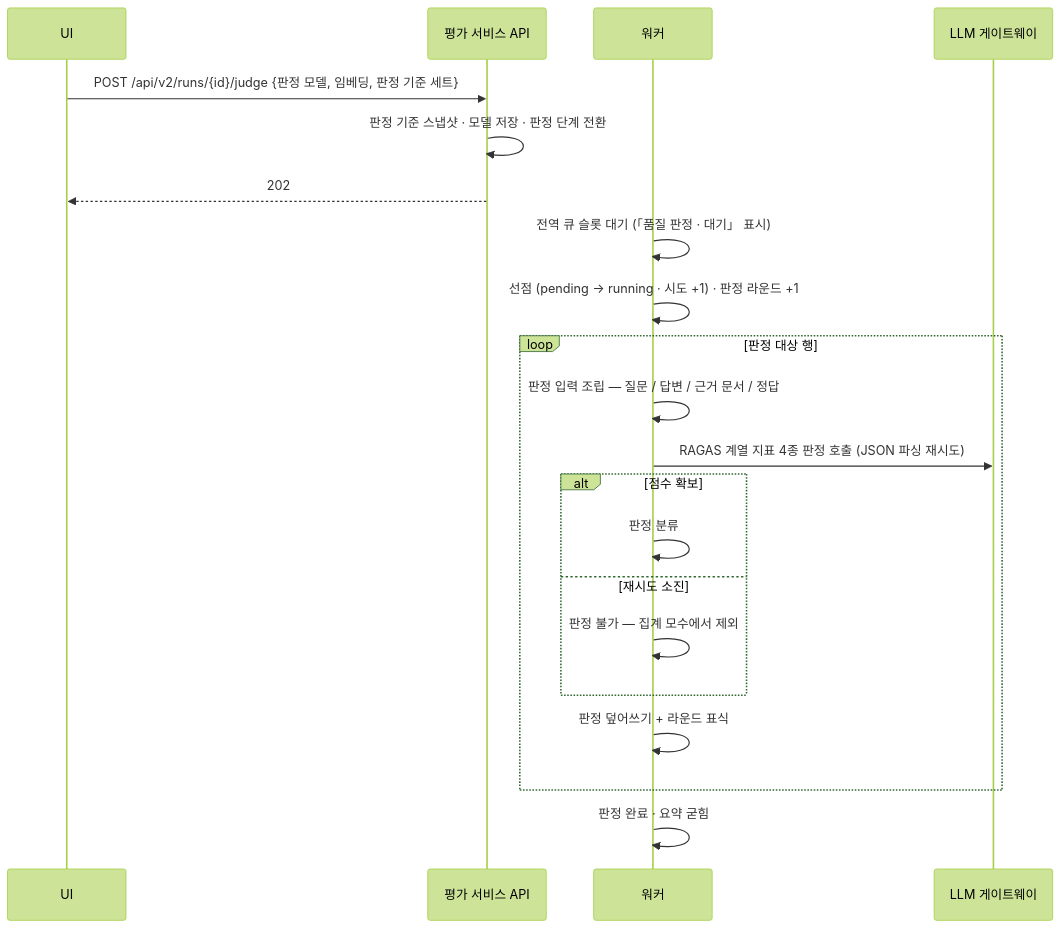
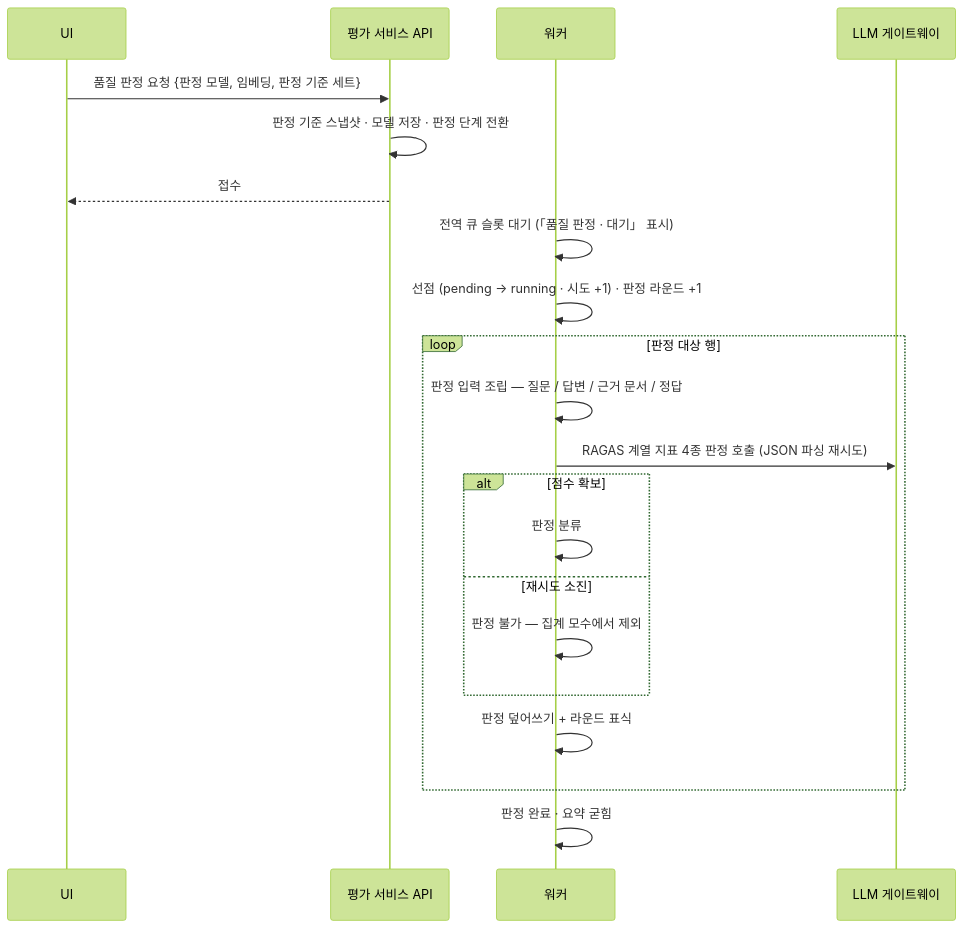
The diagram in public/architecture/evaluator/judgment-run.mmd (comsa33/porfolio-site), drawn with Mermaid (forest theme) before and after one commit. The commit also changed 14 other files, not shown here.

First line of the commit message:
feat: harness architecture diagrams; strip internal API paths from diagrams

```diff
--- a/public/architecture/evaluator/judgment-run.mmd
+++ b/public/architecture/evaluator/judgment-run.mmd
@@ -1,21 +1,21 @@
 sequenceDiagram
     participant UI
     participant API as 평가 서비스 API
     participant W as 워커
     participant LG as LLM 게이트웨이
-    UI->>API: POST /api/v2/runs/{id}/judge {판정 모델, 임베딩, 판정 기준 세트}
+    UI->>API: 품질 판정 요청 {판정 모델, 임베딩, 판정 기준 세트}
     API->>API: 판정 기준 스냅샷 · 모델 저장 · 판정 단계 전환
-    API-->>UI: 202
+    API-->>UI: 접수
     W->>W: 전역 큐 슬롯 대기 (「품질 판정 · 대기」 표시)
     W->>W: 선점 (pending → running · 시도 +1) · 판정 라운드 +1
     loop 판정 대상 행
         W->>W: 판정 입력 조립 — 질문 / 답변 / 근거 문서 / 정답
         W->>LG: RAGAS 계열 지표 4종 판정 호출 (JSON 파싱 재시도)
         alt 점수 확보
             W->>W: 판정 분류
         else 재시도 소진
             W->>W: 판정 불가 — 집계 모수에서 제외
         end
         W->>W: 판정 덮어쓰기 + 라운드 표식
     end
     W->>W: 판정 완료 · 요약 굳힘
```
